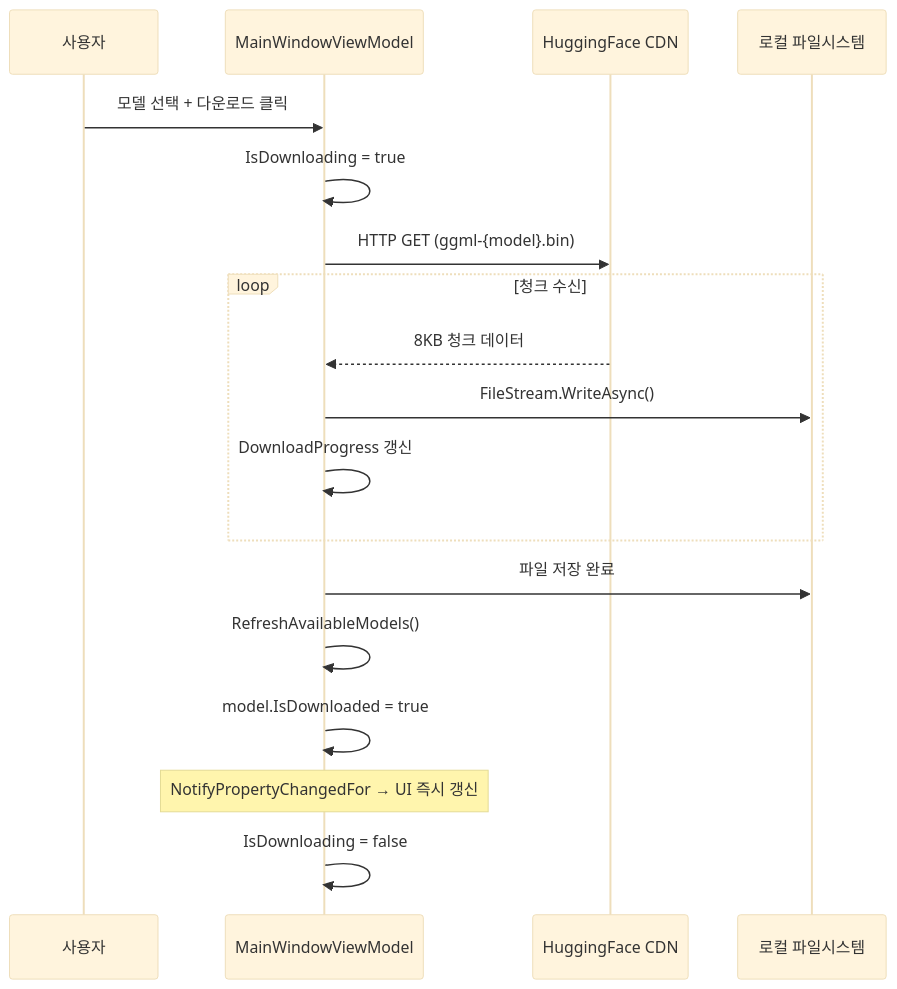
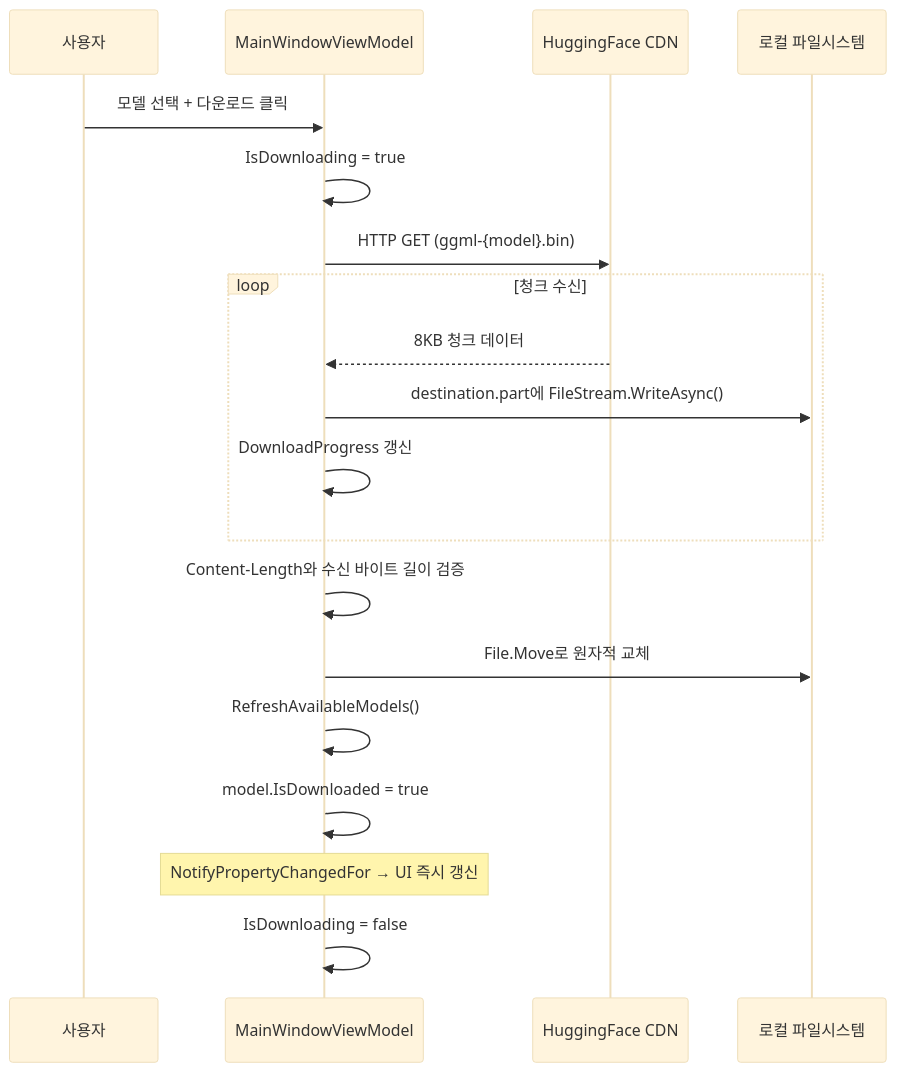
The third of 3 diagrams in Doc/ARCHITECTURE.md (frod2793/VideoToTexter), drawn with Mermaid (base theme) before and after one commit. The commit also changed other lines of this file and 26 other files, not shown here.

````diff
--- a/Doc/ARCHITECTURE.md
+++ b/Doc/ARCHITECTURE.md
@@ -80,21 +88,22 @@
 ```mermaid
 sequenceDiagram
     participant User as 사용자
     participant VM as MainWindowViewModel
     participant HF as HuggingFace CDN
     participant FS as 로컬 파일시스템
 
     User->>VM: 모델 선택 + 다운로드 클릭
     VM->>VM: IsDownloading = true
     VM->>HF: HTTP GET (ggml-{model}.bin)
     loop 청크 수신
         HF-->>VM: 8KB 청크 데이터
-        VM->>FS: FileStream.WriteAsync()
+    VM->>FS: destination.part에 FileStream.WriteAsync()
         VM->>VM: DownloadProgress 갱신
     end
-    VM->>FS: 파일 저장 완료
+    VM->>VM: Content-Length와 수신 바이트 길이 검증
+    VM->>FS: File.Move로 원자적 교체
     VM->>VM: RefreshAvailableModels()
     VM->>VM: model.IsDownloaded = true
     Note over VM: NotifyPropertyChangedFor → UI 즉시 갱신
     VM->>VM: IsDownloading = false
 ```
````
